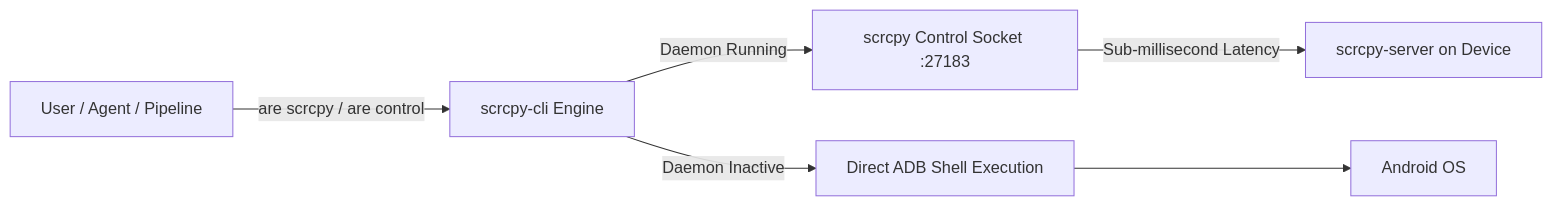
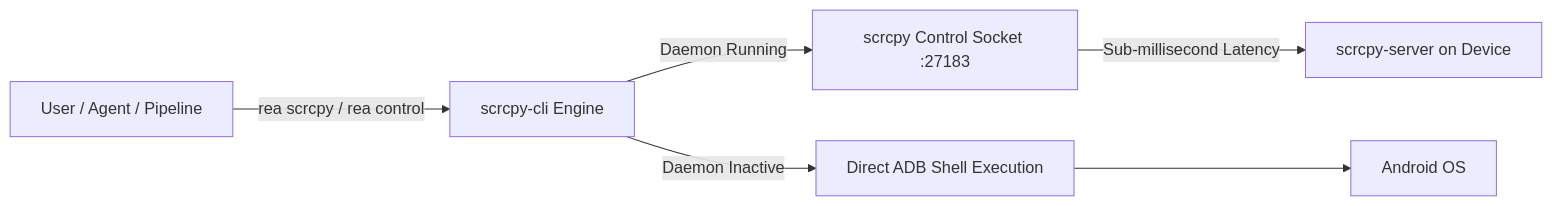
One commit to impeterwayne/REAKit changed the diagram in docs/scrcpy_control.md. Above: the diagram before and after it, drawn with Mermaid. The commit also changed other lines of this file and 73 other files, not shown here.

````diff
--- a/docs/scrcpy_control.md
+++ b/docs/scrcpy_control.md
@@ -9,8 +9,8 @@
 ```mermaid
 graph LR
-    User[User / Agent / Pipeline] -->|are scrcpy / are control| CLI[scrcpy-cli Engine]
+    User[User / Agent / Pipeline] -->|rea scrcpy / rea control| CLI[scrcpy-cli Engine]
     CLI -->|Daemon Running| Socket[scrcpy Control Socket :27183]
     Socket -->|Sub-millisecond Latency| Server[scrcpy-server on Device]
     CLI -->|Daemon Inactive| ADB[Direct ADB Shell Execution]
     ADB --> OS[Android OS]
 ```
````
